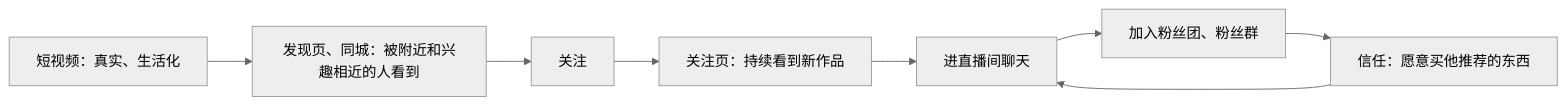
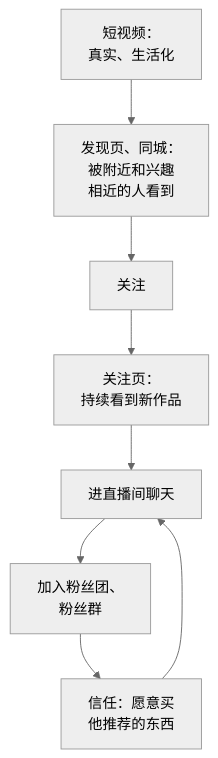
One commit to jarvis-pro/hatch-shelf changed the diagram in books/douyin-kuaishou/07-kuaishou.md. Above: the diagram before and after it, drawn with Mermaid (neutral theme). The commit also changed 432 other files, not shown here.

````diff
--- a/books/douyin-kuaishou/07-kuaishou.md
+++ b/books/douyin-kuaishou/07-kuaishou.md
@@ -47,10 +47,10 @@
 ```mermaid
-flowchart LR
-  A["短视频：真实、生活化"] --> B["发现页、同城：被附近和兴趣相近的人看到"]
+flowchart TD
+  A["短视频：<br/>真实、生活化"] --> B["发现页、同城：<br/>被附近和兴趣<br/>相近的人看到"]
   B --> C["关注"]
-  C --> D["关注页：持续看到新作品"]
+  C --> D["关注页：<br/>持续看到新作品"]
   D --> E["进直播间聊天"]
-  E --> F["加入粉丝团、粉丝群"]
-  F --> G["信任：愿意买他推荐的东西"]
+  E --> F["加入粉丝团、<br/>粉丝群"]
+  F --> G["信任：愿意买<br/>他推荐的东西"]
   G --> E
 ```
````
